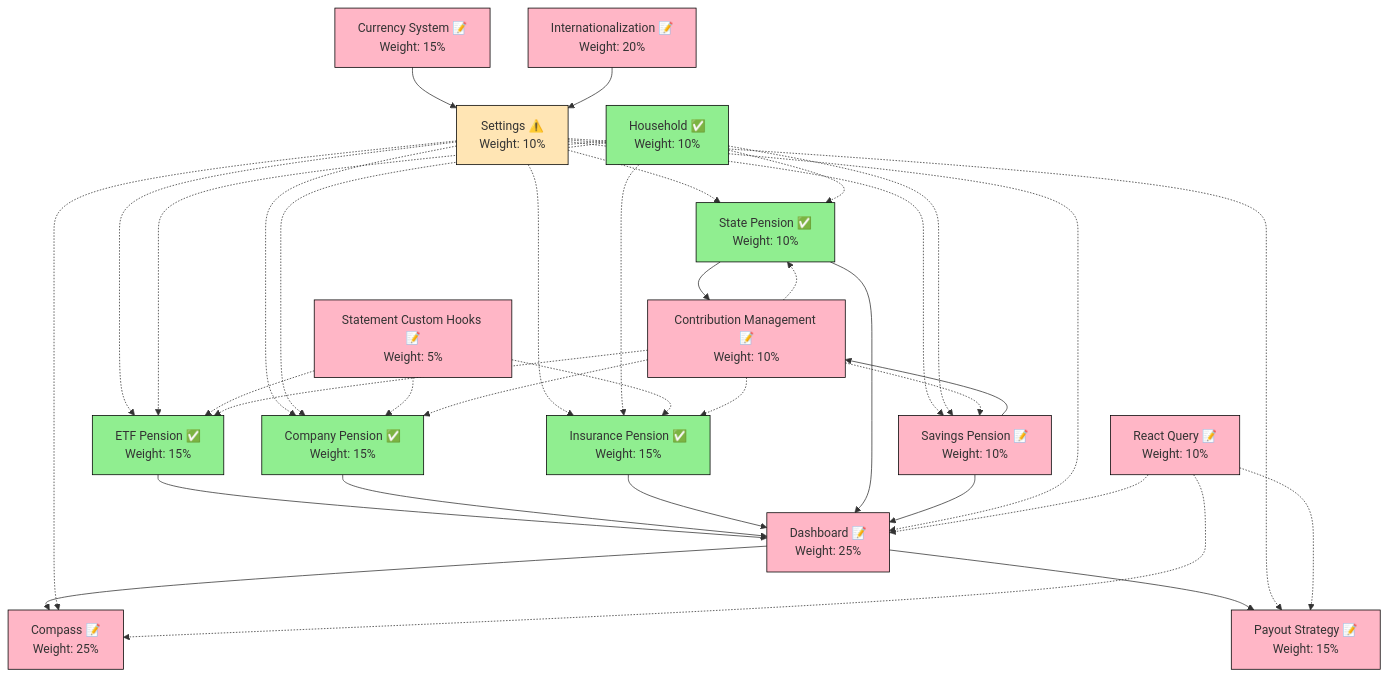
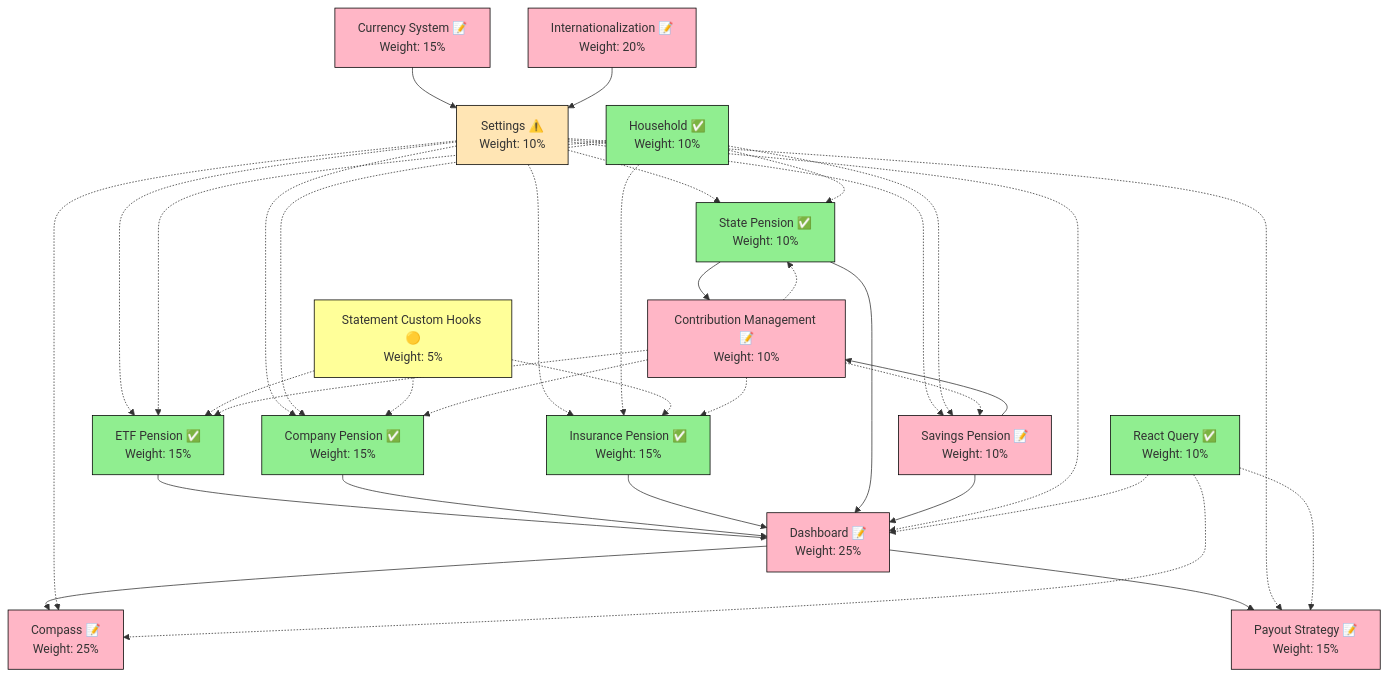
One commit to my-axel/goldfinch changed the first of 2 diagrams in PROGRESS.md. Above: the diagram before and after it, drawn with Mermaid. The commit also changed other lines of this file and 45 other files, not shown here.

````diff
--- a/PROGRESS.md
+++ b/PROGRESS.md
@@ -157,61 +151,63 @@
 ```mermaid
 graph TD
     %% Core Modules
     ETF[ETF Pension ✅<br/>Weight: 15%] --> D
     CP[Company Pension ✅<br/>Weight: 15%] --> D
     IP[Insurance Pension ✅<br/>Weight: 15%] --> D
     SP[State Pension ✅<br/>Weight: 10%] --> D
     SVP[Savings Pension 📝<br/>Weight: 10%] --> D
     D[Dashboard 📝<br/>Weight: 25%] --> C
     D --> PS
     
     %% Dependent Modules
     C[Compass 📝<br/>Weight: 25%]
     PS[Payout Strategy 📝<br/>Weight: 15%]
     
     %% Cross-Cutting Features
     CS[Currency System 📝<br/>Weight: 15%] --> S
     I18n[Internationalization 📝<br/>Weight: 20%] --> S
     
     %% Settings affects all modules
     S[Settings ⚠️<br/>Weight: 10%] -.-> ETF
     S -.-> CP
     S -.-> IP
     S -.-> SP
     S -.-> SVP
     S -.-> D
     S -.-> C
     S -.-> PS
     
     %% Household integration
     H[Household ✅<br/>Weight: 10%] -.-> ETF
     H -.-> CP
     H -.-> IP
     H -.-> SP
     H -.-> SVP
     
     %% Technical Improvements
-    SCH[Statement Custom Hooks 📝<br/>Weight: 5%] -.-> ETF
+    SCH[Statement Custom Hooks 🟡<br/>Weight: 5%] -.-> ETF
     SCH -.-> CP
     SCH -.-> IP
-    RQ[React Query 📝<br/>Weight: 10%] -.-> D
+    RQ[React Query ✅<br/>Weight: 10%] -.-> D
     RQ -.-> C
     RQ -.-> PS
     CM[Contribution Management 📝<br/>Weight: 10%] -.-> ETF
     CM -.-> CP
     CM -.-> IP
     CM -.-> SP
     CM -.-> SVP
     
     %% Dependencies for Contribution Management
     SP --> CM
     SVP --> CM
     
     %% Styling
     classDef complete fill:#90EE90,stroke:#000
     classDef partial fill:#FFE5B4,stroke:#000
     classDef notStarted fill:#FFB6C6,stroke:#000
-    class ETF,H,CP,IP,SP complete
+    classDef inProgress fill:#FFFF99,stroke:#000
+    class ETF,H,CP,IP,SP,RQ complete
     class S partial
-    class SVP,CS,I18n,D,C,PS,SCH,RQ,CM notStarted
+    class SVP,CS,I18n,D,C,PS,CM notStarted
+    class SCH inProgress
 ```
````
